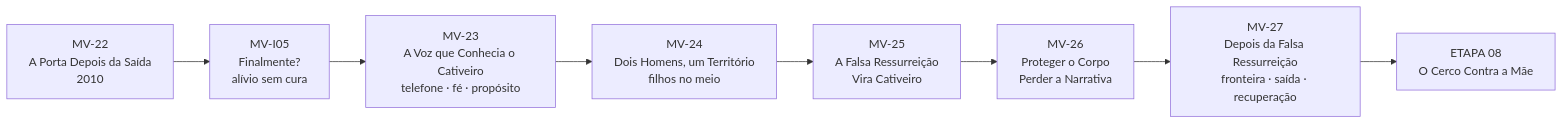
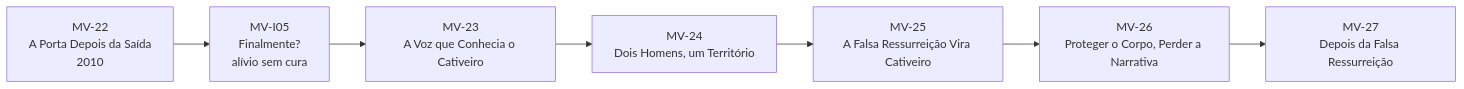
One commit to Sollimastudio/trilogia-sol-lima changed the first of 5 diagrams in 01_MORTE_EM_VIDA/MAPA_VISUAL_PARTE_III_ATUAL.md. Above: the diagram before and after it, drawn with Mermaid. The commit also changed other lines of this file, not shown here.

Commit message:
Atualiza mapa visual da Parte III para Etapa 08

````diff
--- a/01_MORTE_EM_VIDA/MAPA_VISUAL_PARTE_III_ATUAL.md
+++ b/01_MORTE_EM_VIDA/MAPA_VISUAL_PARTE_III_ATUAL.md
@@ -7,10 +7,9 @@
 ```mermaid
 flowchart LR
 A[MV-22\nA Porta Depois da Saída\n2010] --> B[MV-I05\nFinalmente?\nalívio sem cura]
-B --> C[MV-23\nA Voz que Conhecia o Cativeiro\ntelefone · fé · propósito]
-C --> D[MV-24\nDois Homens, um Território\nfilhos no meio]
-D --> E[MV-25\nA Falsa Ressurreição\nVira Cativeiro]
-E --> F[MV-26\nProteger o Corpo\nPerder a Narrativa]
-F --> G[MV-27\nDepois da Falsa Ressurreição\nfronteira · saída · recuperação]
-G --> H[ETAPA 08\nO Cerco Contra a Mãe]
+B --> C[MV-23\nA Voz que Conhecia o Cativeiro]
+C --> D[MV-24\nDois Homens, um Território]
+D --> E[MV-25\nA Falsa Ressurreição Vira Cativeiro]
+E --> F[MV-26\nProteger o Corpo, Perder a Narrativa]
+F --> G[MV-27\nDepois da Falsa Ressurreição]
 ```
````
